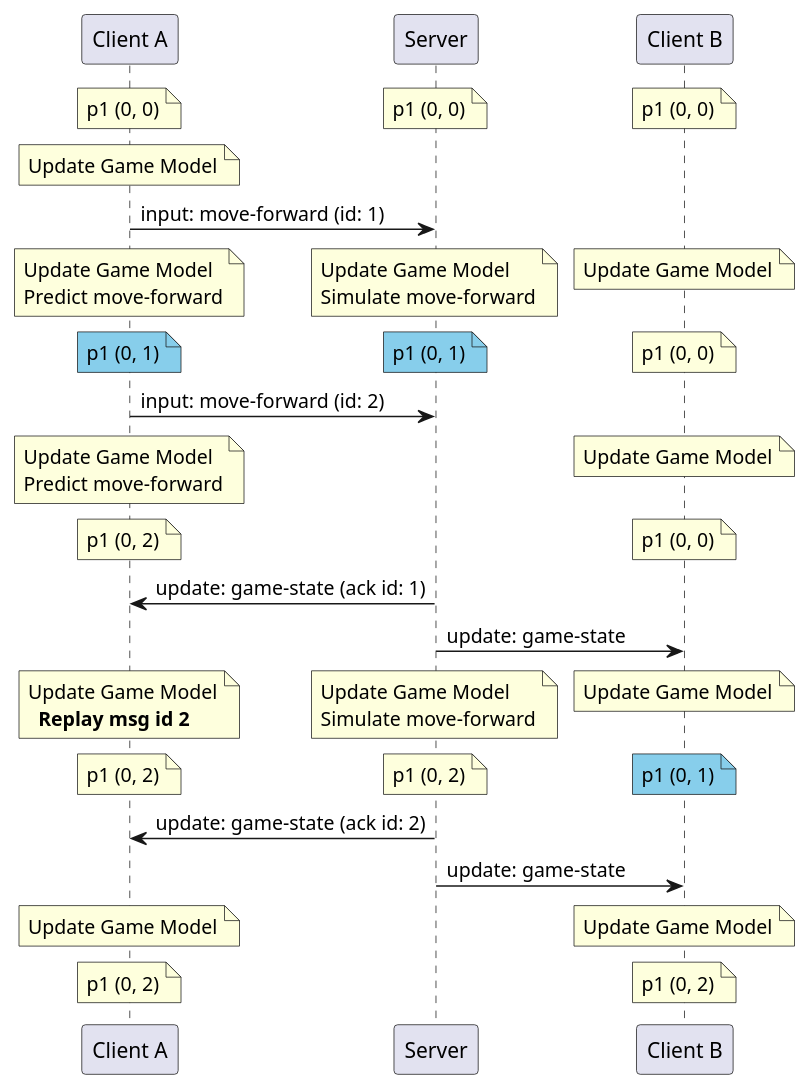
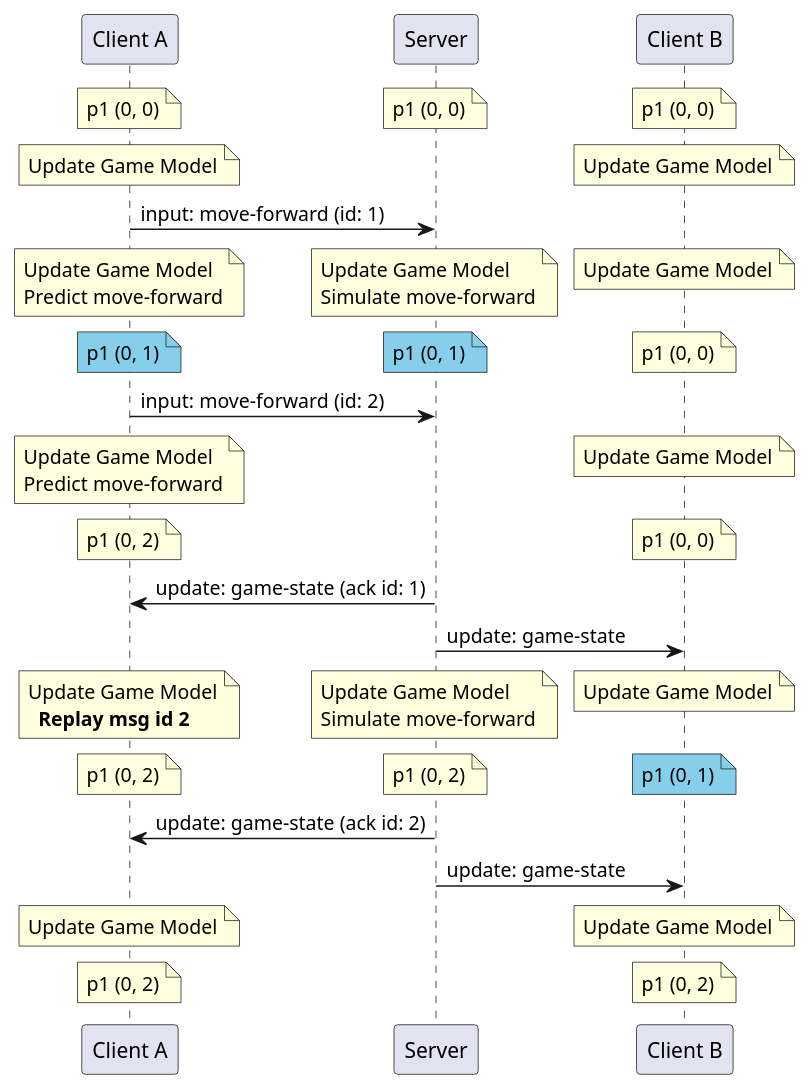
The diagram in doc/Multiplayer/uml/entity-interpolation-bad.sequence.puml (ProfPorkins/GameTech), drawn with PlantUML before and after one commit. The commit also changed 5 other files, not shown here.

Commit message:
(multiplayer) Misc updates, but primary focus on the animation timing diagram for Step 3

```diff
--- a/doc/Multiplayer/uml/entity-interpolation-bad.sequence.puml
+++ b/doc/Multiplayer/uml/entity-interpolation-bad.sequence.puml
@@ -1,48 +1,49 @@
 @startuml Entity Interpolation Bad - Sequence
 
 participant "Client A" as ClientA
 participant Server
 participant "Client B" as ClientB
 
 note over ClientA: p1 (0, 0)
 / note over Server: p1 (0, 0)
 / note over ClientB: p1 (0, 0)
 
 note over ClientA: Update Game Model
+/ note over ClientB: Update Game Model
 
 ClientA -> Server: input: move-forward (id: 1)
 note over ClientA: Update Game Model\nPredict move-forward
 / note over Server: Update Game Model\nSimulate move-forward
 / note over ClientB: Update Game Model
 
 note over ClientA #SkyBlue: p1 (0, 1)
 / note over Server #SkyBlue: p1 (0, 1)
 / note over ClientB: p1 (0, 0)
 
 ClientA -> Server: input: move-forward (id: 2)
 note over ClientA: Update Game Model\nPredict move-forward
 / note over ClientB: Update Game Model
 
 note over ClientA: p1 (0, 2)
 / note over ClientB: p1 (0, 0)
 
 Server -> ClientA: update: game-state (ack id: 1)
 Server -> ClientB: update: game-state
 
 note over ClientA: Update Game Model\n  **Replay msg id 2**
 / note over Server: Update Game Model\nSimulate move-forward
 / note over ClientB: Update Game Model
 
 note over ClientA: p1 (0, 2)
 / note over Server: p1 (0, 2)
 / note over ClientB #SkyBlue: p1 (0, 1)
 
 Server -> ClientA: update: game-state (ack id: 2)
 Server -> ClientB: update: game-state
 
 note over ClientA: Update Game Model
 / note over ClientB: Update Game Model
 note over ClientA: p1 (0, 2)
 / note over ClientB: p1 (0, 2)
 
 @enduml
```
